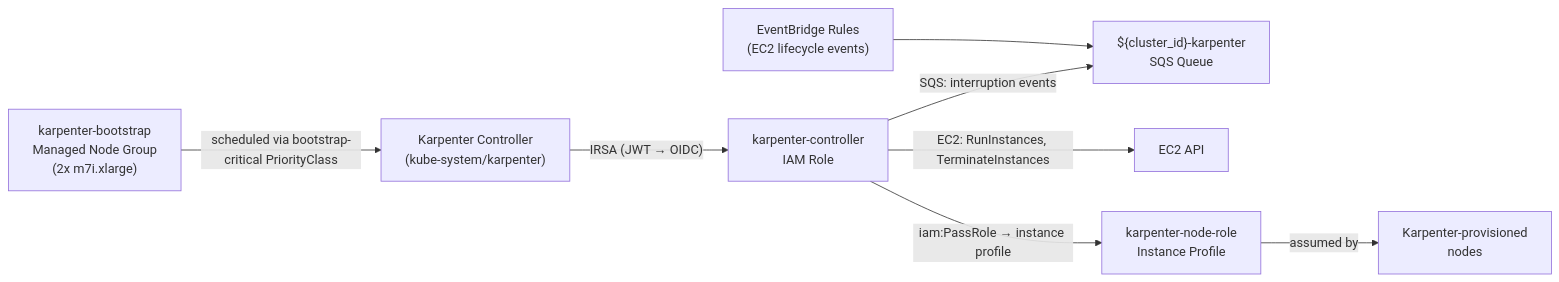
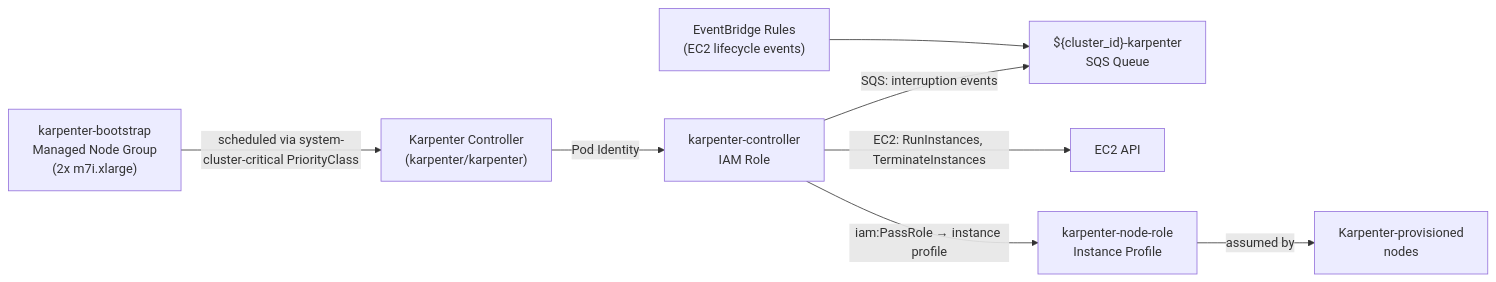
The diagram in docs/design/karpenter-node-provisioning.md (Alcamech/rosa-hyperfleet), drawn with Mermaid before and after one commit. The commit also changed other lines of this file and 43 other files, not shown here.

````diff
--- a/docs/design/karpenter-node-provisioning.md
+++ b/docs/design/karpenter-node-provisioning.md
@@ -41,10 +32,10 @@
 ```mermaid
 graph LR
-    KC["Karpenter Controller\n(kube-system/karpenter)"] -->|"IRSA (JWT → OIDC)"| KCR["karpenter-controller\nIAM Role"]
+    KC["Karpenter Controller\n(karpenter/karpenter)"] -->|"Pod Identity"| KCR["karpenter-controller\nIAM Role"]
     KCR -->|"SQS: interruption events"| SQS["${cluster_id}-karpenter\nSQS Queue"]
     KCR -->|"EC2: RunInstances, TerminateInstances"| EC2["EC2 API"]
     KCR -->|"iam:PassRole → instance profile"| KNR["karpenter-node-role\nInstance Profile"]
     KNR -->|"assumed by"| KN["Karpenter-provisioned\nnodes"]
-    BNG["karpenter-bootstrap\nManaged Node Group\n(2x m7i.xlarge)"] -->|"scheduled via bootstrap-critical PriorityClass"| KC
+    BNG["karpenter-bootstrap\nManaged Node Group\n(2x m7i.xlarge)"] -->|"scheduled via system-cluster-critical PriorityClass"| KC
     EB["EventBridge Rules\n(EC2 lifecycle events)"] --> SQS
 ```
````
